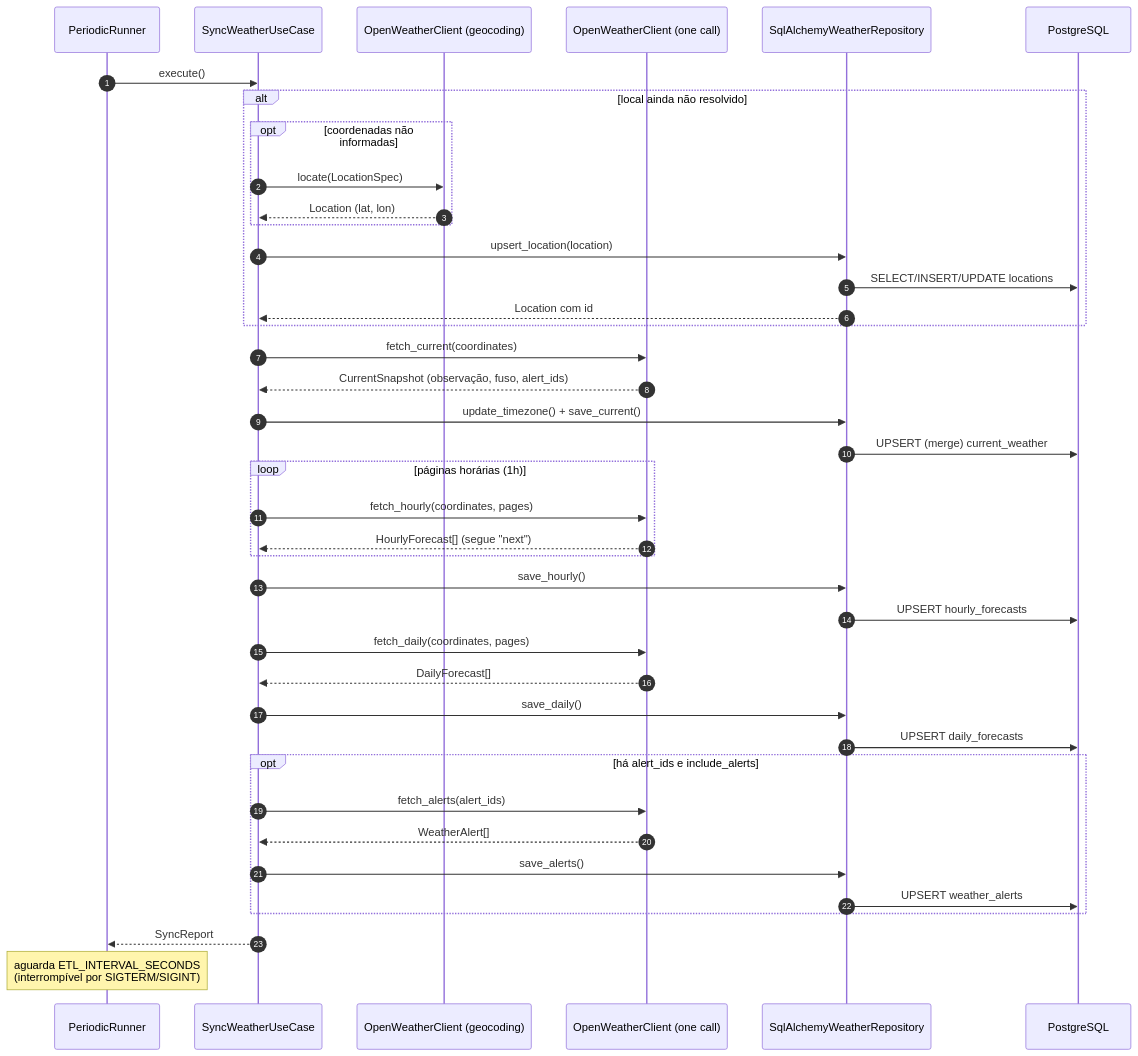
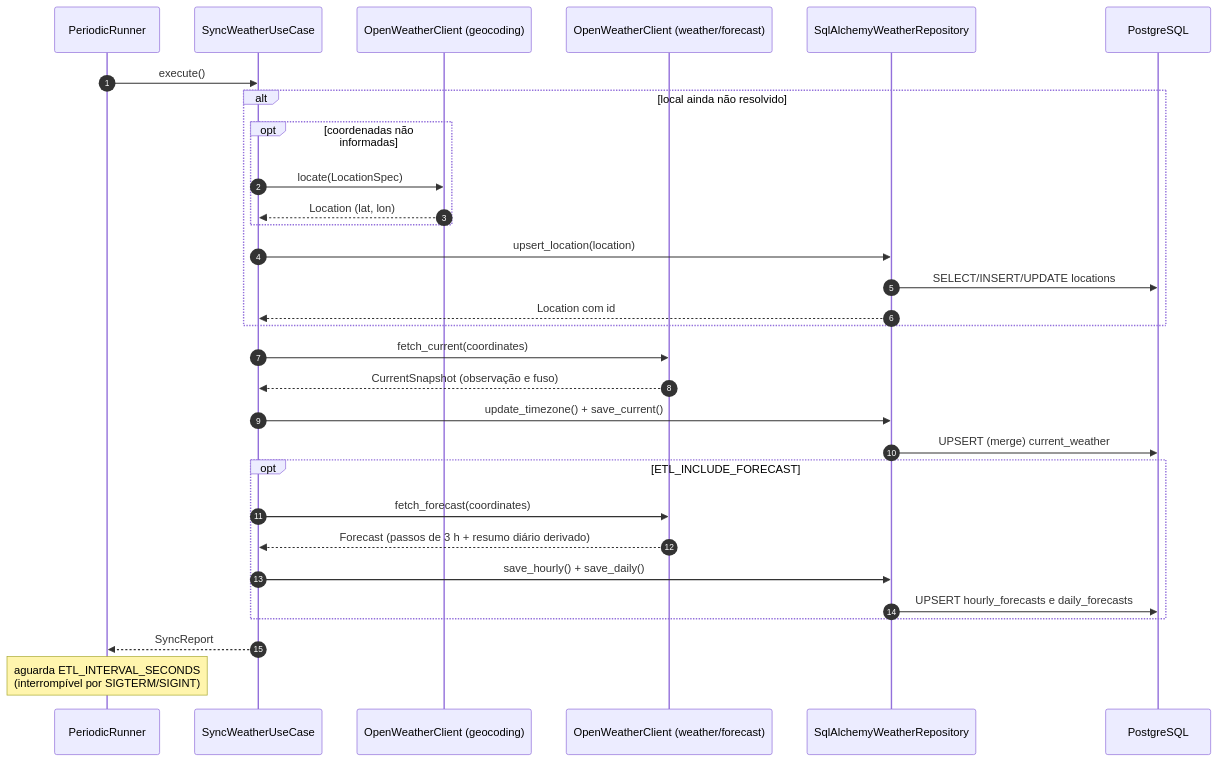
Before and after one commit to lwglg/pyweather: the first of 3 diagrams in docs/md/05-sequencias.md, drawn with Mermaid. The commit also changed other lines of this file and 13 other files, not shown here.

````diff
--- a/docs/md/05-sequencias.md
+++ b/docs/md/05-sequencias.md
@@ -8,43 +8,33 @@
 ```mermaid
 sequenceDiagram
     autonumber
     participant R as PeriodicRunner
     participant U as SyncWeatherUseCase
     participant G as OpenWeatherClient (geocoding)
-    participant P as OpenWeatherClient (one call)
+    participant P as OpenWeatherClient (weather/forecast)
     participant Repo as SqlAlchemyWeatherRepository
     participant DB as PostgreSQL
 
     R->>U: execute()
     alt local ainda não resolvido
         opt coordenadas não informadas
             U->>G: locate(LocationSpec)
             G-->>U: Location (lat, lon)
         end
         U->>Repo: upsert_location(location)
         Repo->>DB: SELECT/INSERT/UPDATE locations
         Repo-->>U: Location com id
     end
     U->>P: fetch_current(coordinates)
-    P-->>U: CurrentSnapshot (observação, fuso, alert_ids)
+    P-->>U: CurrentSnapshot (observação e fuso)
     U->>Repo: update_timezone() + save_current()
     Repo->>DB: UPSERT (merge) current_weather
-    loop páginas horárias (1h)
-        U->>P: fetch_hourly(coordinates, pages)
-        P-->>U: HourlyForecast[] (segue "next")
-    end
-    U->>Repo: save_hourly()
-    Repo->>DB: UPSERT hourly_forecasts
-    U->>P: fetch_daily(coordinates, pages)
-    P-->>U: DailyForecast[]
-    U->>Repo: save_daily()
-    Repo->>DB: UPSERT daily_forecasts
-    opt há alert_ids e include_alerts
-        U->>P: fetch_alerts(alert_ids)
-        P-->>U: WeatherAlert[]
-        U->>Repo: save_alerts()
-        Repo->>DB: UPSERT weather_alerts
+    opt ETL_INCLUDE_FORECAST
+        U->>P: fetch_forecast(coordinates)
+        P-->>U: Forecast (passos de 3 h + resumo diário derivado)
+        U->>Repo: save_hourly() + save_daily()
+        Repo->>DB: UPSERT hourly_forecasts e daily_forecasts
     end
     U-->>R: SyncReport
     Note over R: aguarda ETL_INTERVAL_SECONDS<br/>(interrompível por SIGTERM/SIGINT)
 ```
````
